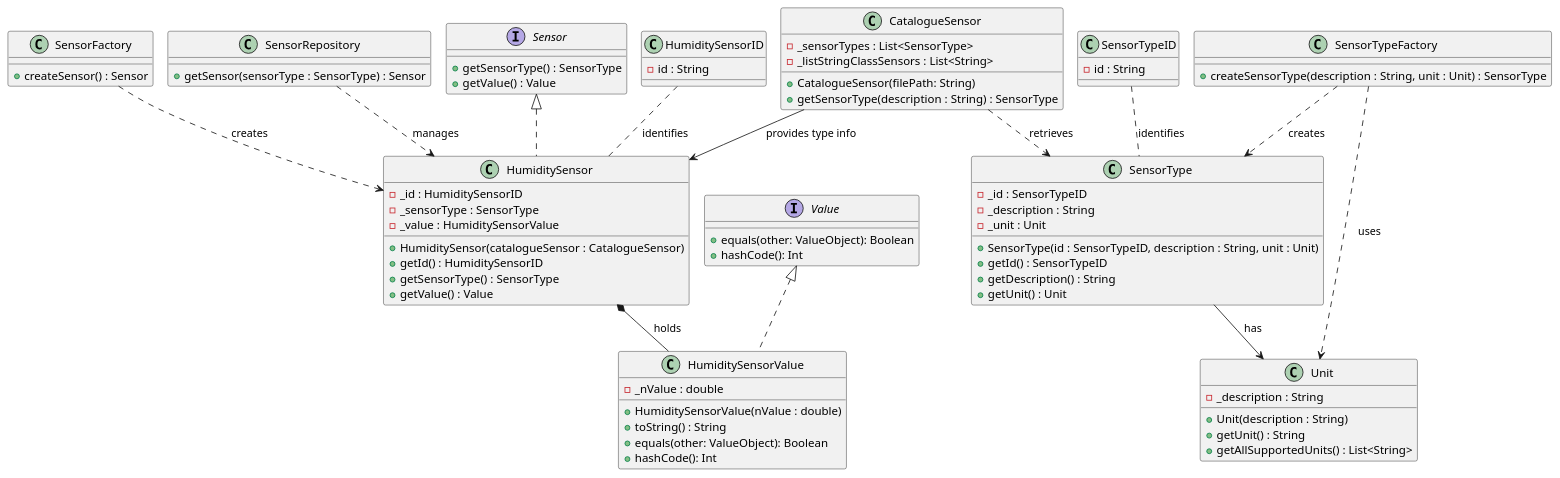
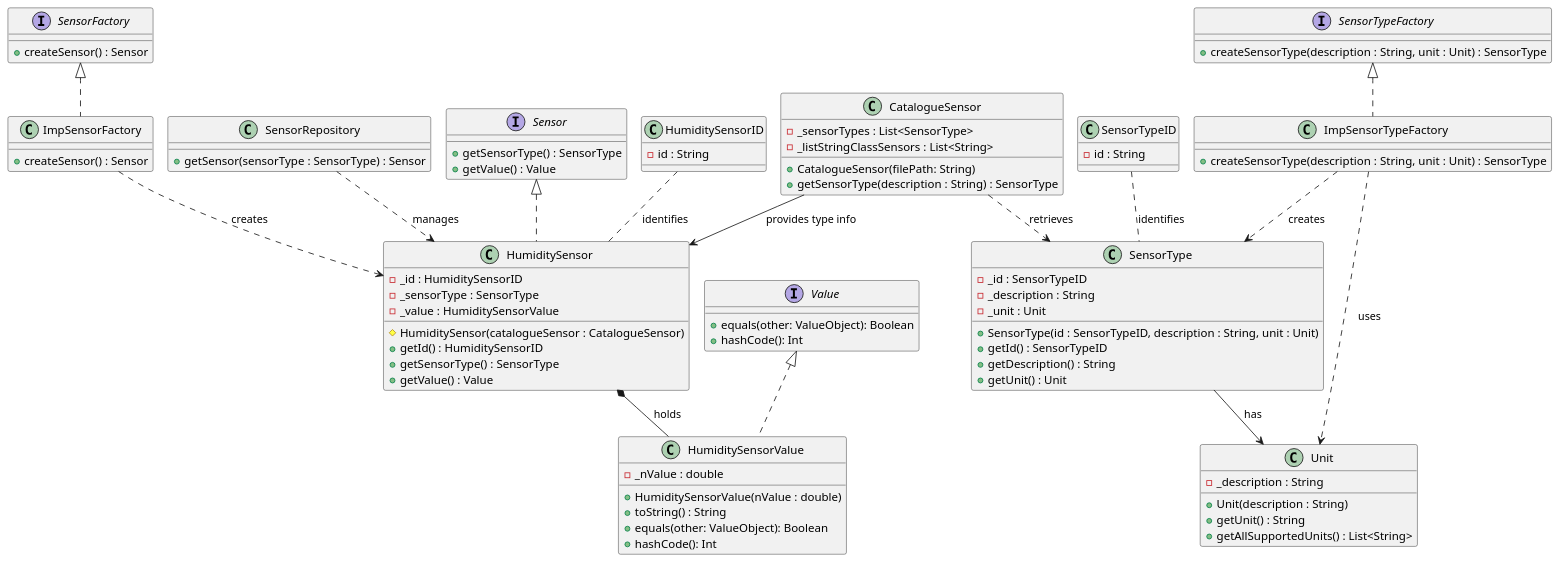
Before and after one commit to olivDiogo/SmartHome: the diagram in docs/ood/classDiagram/US11HumiditySensor.puml, drawn with PlantUML.

Commit message:
Update: add sensorFactory and sensorTypeFactory interfaces to US11 CD , addresses #107

```diff
--- a/docs/ood/classDiagram/US11HumiditySensor.puml
+++ b/docs/ood/classDiagram/US11HumiditySensor.puml
@@ -1,88 +1,96 @@
 @startuml
 !pragma layout smetana
 
 class HumiditySensorID {
     - id : String
 }
 
 class SensorTypeID {
     - id : String
 }
 
 class HumiditySensor implements Sensor {
     - _id : HumiditySensorID
     - _sensorType : SensorType
     - _value : HumiditySensorValue
-    + HumiditySensor(catalogueSensor : CatalogueSensor)
+    # HumiditySensor(catalogueSensor : CatalogueSensor)
     + getId() : HumiditySensorID
     + getSensorType() : SensorType
     + getValue() : Value
 }
 
 class HumiditySensorValue implements Value {
     - _nValue : double
     + HumiditySensorValue(nValue : double)
     + toString() : String
     + equals(other: ValueObject): Boolean
     + hashCode(): Int
 }
 
 interface Sensor {
     + getSensorType() : SensorType
     + getValue() : Value
 }
 
 class SensorType {
     - _id : SensorTypeID
     - _description : String
     - _unit : Unit
     + SensorType(id : SensorTypeID, description : String, unit : Unit)
     + getId() : SensorTypeID
     + getDescription() : String
     + getUnit() : Unit
 }
 
-class SensorTypeFactory {
+class ImpSensorTypeFactory implements SensorTypeFactory{
+    + createSensorType(description : String, unit : Unit) : SensorType
+}
+
+interface SensorTypeFactory{
     + createSensorType(description : String, unit : Unit) : SensorType
 }
 
 class Unit {
     - _description : String
     + Unit(description : String)
     + getUnit() : String
     + getAllSupportedUnits() : List<String>
 }
 
 interface Value {
     + equals(other: ValueObject): Boolean
     + hashCode(): Int
 }
 
 class CatalogueSensor {
     - _sensorTypes : List<SensorType>
     - _listStringClassSensors : List<String>
     + CatalogueSensor(filePath: String)
     + getSensorType(description : String) : SensorType
 }
 
-class SensorFactory {
+class ImpSensorFactory implements SensorFactory {
+    + createSensor() : Sensor
+}
+
+interface SensorFactory {
     + createSensor() : Sensor
 }
 
 class SensorRepository {
     + getSensor(sensorType : SensorType) : Sensor
 }
 
 CatalogueSensor --> HumiditySensor : provides type info >
 CatalogueSensor ..> SensorType : retrieves >
 SensorType --> Unit : has
-SensorFactory ..> HumiditySensor : creates >
+ImpSensorFactory ..> HumiditySensor : creates >
 SensorRepository ..> HumiditySensor : manages >
-SensorTypeFactory ..> SensorType : creates >
-SensorTypeFactory ..> Unit : uses >
+ImpSensorTypeFactory ..> SensorType : creates >
+ImpSensorTypeFactory ..> Unit : uses >
 HumiditySensorID .. HumiditySensor : identifies >
 SensorTypeID .. SensorType : identifies >
 
 HumiditySensor *-- HumiditySensorValue : holds >
 
 @enduml
```
